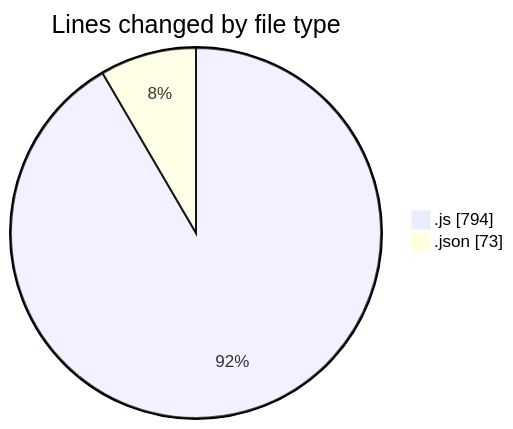
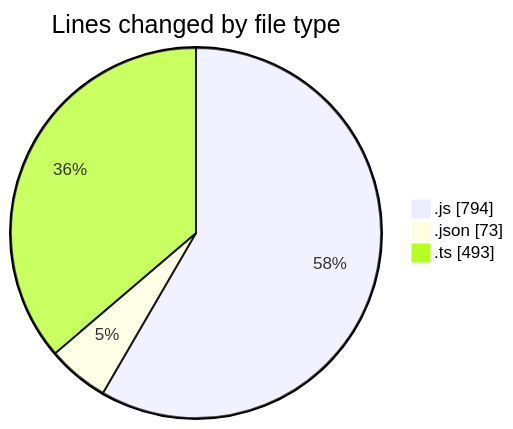
The first of 2 diagrams in 2026-03-23/cda/README.md (momahboobian/code-tracking), drawn with Mermaid before and after one commit. The commit also changed other lines of this file and 1 other file, not shown here.

````diff
--- a/2026-03-23/cda/README.md
+++ b/2026-03-23/cda/README.md
@@ -23,6 +24,7 @@
 ```mermaid
 pie showData
 title Lines changed by file type
 ".js" : 794
 ".json" : 73
+".ts" : 493
 ```
````
